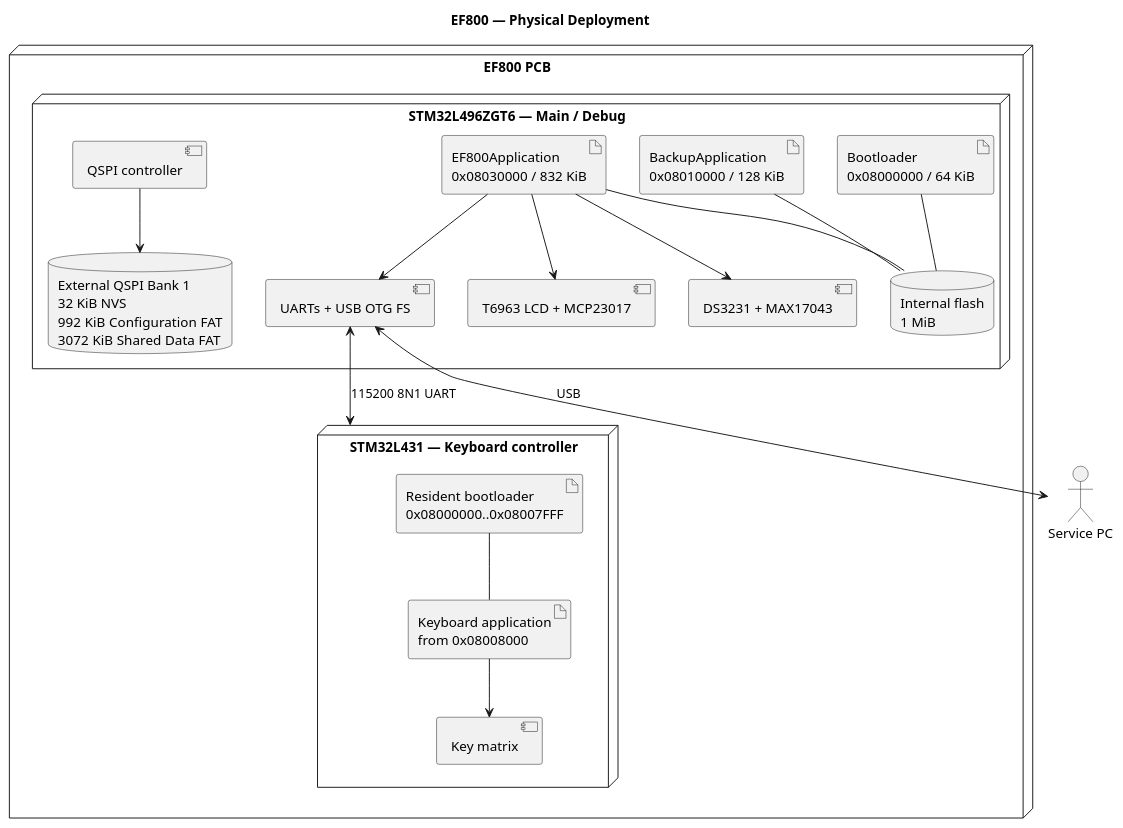
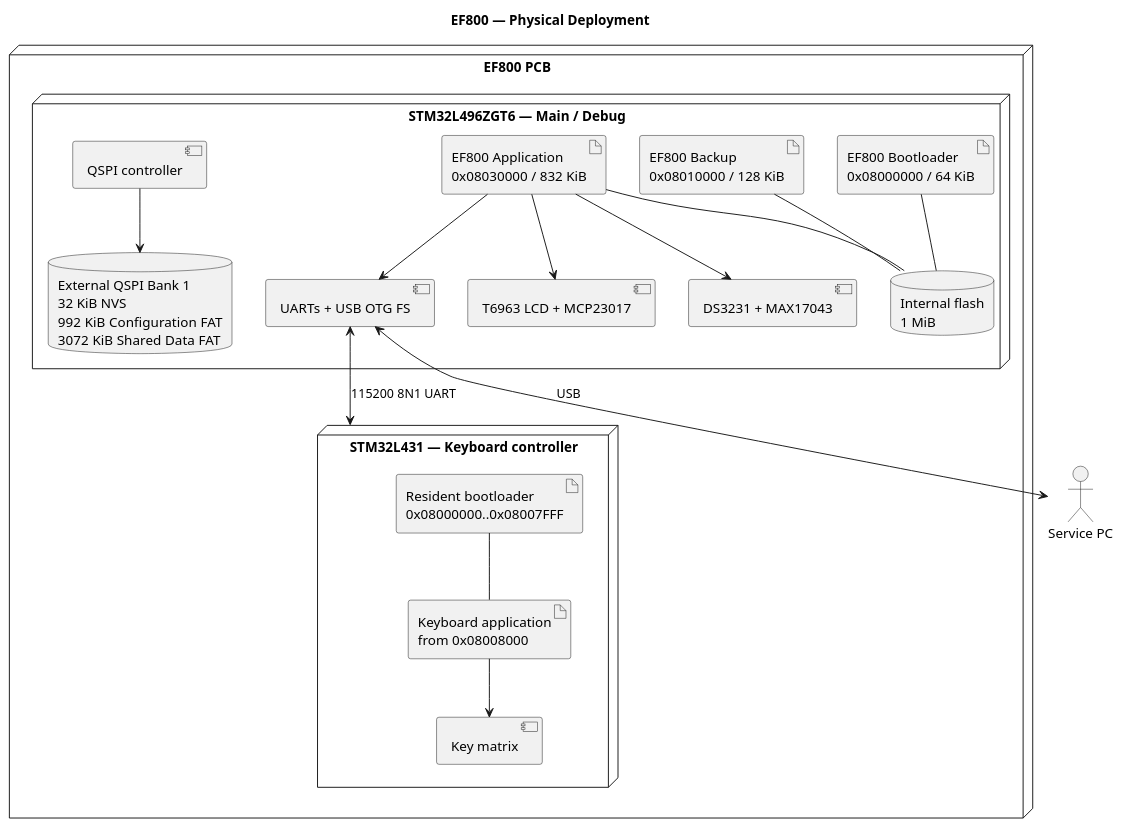
Before and after one commit to jaster-prj/EF800-Zephyr: the diagram in architecture/diagram_as_code/07_deployment_view/physical_ef800.puml, drawn with PlantUML. The commit also changed 294 other files, not shown here.

```diff
--- a/architecture/diagram_as_code/07_deployment_view/physical_ef800.puml
+++ b/architecture/diagram_as_code/07_deployment_view/physical_ef800.puml
@@ -1,36 +1,36 @@
 @startuml physical_ef800
 title EF800 — Physical Deployment
 top to bottom direction
 
 node "EF800 PCB" {
   node "STM32L496ZGT6 — Main / Debug" as l496 {
-    artifact "Bootloader\n0x08000000 / 64 KiB" as bl
-    artifact "BackupApplication\n0x08010000 / 128 KiB" as backup
-    artifact "EF800Application\n0x08030000 / 832 KiB" as main
+    artifact "EF800 Bootloader\n0x08000000 / 64 KiB" as bl
+    artifact "EF800 Backup\n0x08010000 / 128 KiB" as backup
+    artifact "EF800 Application\n0x08030000 / 832 KiB" as main
     database "Internal flash\n1 MiB" as internal
     component "QSPI controller" as qspi_ctl
     database "External QSPI Bank 1\n32 KiB NVS\n992 KiB Configuration FAT\n3072 KiB Shared Data FAT" as qspi
     component "T6963 LCD + MCP23017" as lcd
     component "DS3231 + MAX17043" as sensors
     component "UARTs + USB OTG FS" as interfaces
   }
   node "STM32L431 — Keyboard controller" as l431 {
     artifact "Resident bootloader\n0x08000000..0x08007FFF" as kbl
     artifact "Keyboard application\nfrom 0x08008000" as kapp
     component "Key matrix" as matrix
   }
 }
 actor "Service PC" as pc
 
 bl -- internal
 backup -- internal
 main -- internal
 qspi_ctl --> qspi
 main --> lcd
 main --> sensors
 main --> interfaces
 interfaces <--> pc : USB
 interfaces <--> l431 : 115200 8N1 UART
 kbl -- kapp
 kapp --> matrix
 @enduml
```
